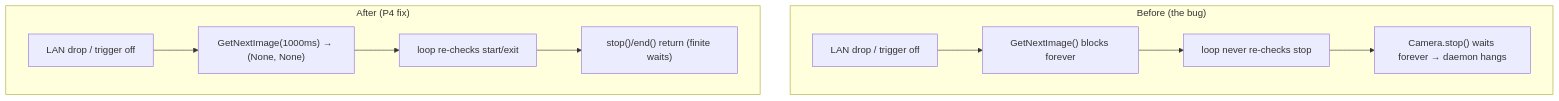
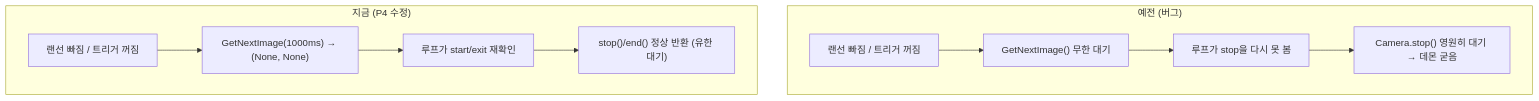
One commit to willi19/paradex changed the fifth of 6 diagrams in docs/camera_system.md. Above: the diagram before and after it, drawn with Mermaid. The commit also changed other lines of this file and 154 other files, not shown here.

First line of the commit message:
docs: rewrite Camera System guide in Korean, flowing explanatory prose

````diff
--- a/docs/camera_system.md
+++ b/docs/camera_system.md
@@ -101,13 +121,13 @@
 ```{mermaid}
 flowchart TD
-    subgraph Before["Before (the bug)"]
-      A["LAN drop / trigger off"] --> B["GetNextImage() blocks forever"]
-      B --> C["loop never re-checks stop"]
-      C --> E["Camera.stop() waits forever → daemon hangs"]
+    subgraph Before["예전 (버그)"]
+      A["랜선 빠짐 / 트리거 꺼짐"] --> B["GetNextImage() 무한 대기"]
+      B --> C["루프가 stop을 다시 못 봄"]
+      C --> E["Camera.stop() 영원히 대기 → 데몬 굳음"]
     end
-    subgraph After["After (P4 fix)"]
-      A2["LAN drop / trigger off"] --> B2["GetNextImage(1000ms) → (None, None)"]
-      B2 --> C2["loop re-checks start/exit"]
-      C2 --> E2["stop()/end() return (finite waits)"]
+    subgraph After["지금 (P4 수정)"]
+      A2["랜선 빠짐 / 트리거 꺼짐"] --> B2["GetNextImage(1000ms) → (None, None)"]
+      B2 --> C2["루프가 start/exit 재확인"]
+      C2 --> E2["stop()/end() 정상 반환 (유한 대기)"]
     end
 ```
````
